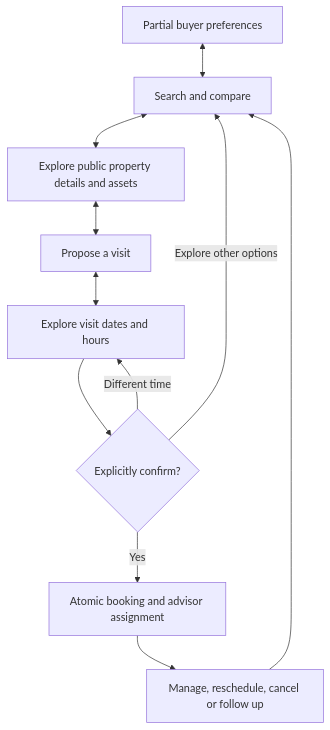
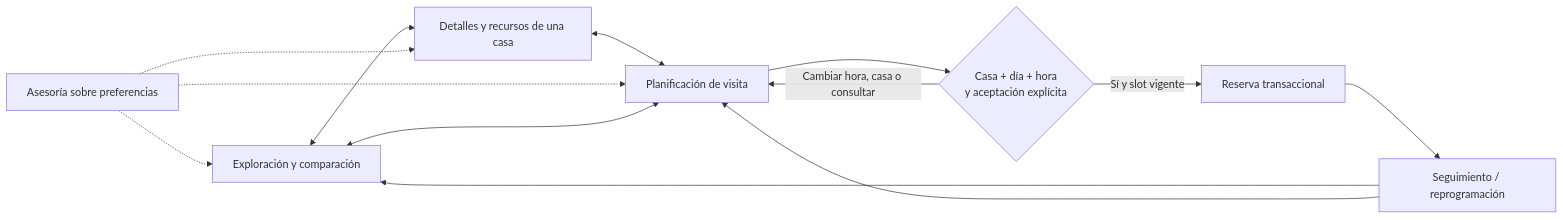
Before and after one commit to jorgektch/testing-hermes-agent: the first of 2 diagrams in README.md, drawn with Mermaid. The commit also changed other lines of this file and 6 other files, not shown here.

````diff
--- a/README.md
+++ b/README.md
@@ -145,13 +17,15 @@
 ```mermaid
-flowchart TD
-    A[Partial buyer preferences] <--> B[Search and compare]
-    B <--> C[Explore public property details and assets]
-    C <--> D[Propose a visit]
-    D <--> E[Explore visit dates and hours]
-    E --> F{Explicitly confirm?}
-    F -->|Yes| G[Atomic booking and advisor assignment]
-    F -->|Different time| E
-    F -->|Explore other options| B
-    G --> H[Manage, reschedule, cancel or follow up]
-    H --> B
+flowchart LR
+    E[Exploración y comparación] <--> D[Detalles y recursos de una casa]
+    D <--> V[Planificación de visita]
+    V <--> E
+    V --> C{Casa + día + hora\ny aceptación explícita}
+    C -->|Sí y slot vigente| B[Reserva transaccional]
+    C -->|Cambiar hora, casa o consultar| V
+    B --> S[Seguimiento / reprogramación]
+    S --> E
+    S --> V
+    P[Asesoría sobre preferencias] -.-> E
+    P -.-> D
+    P -.-> V
 ```
````
